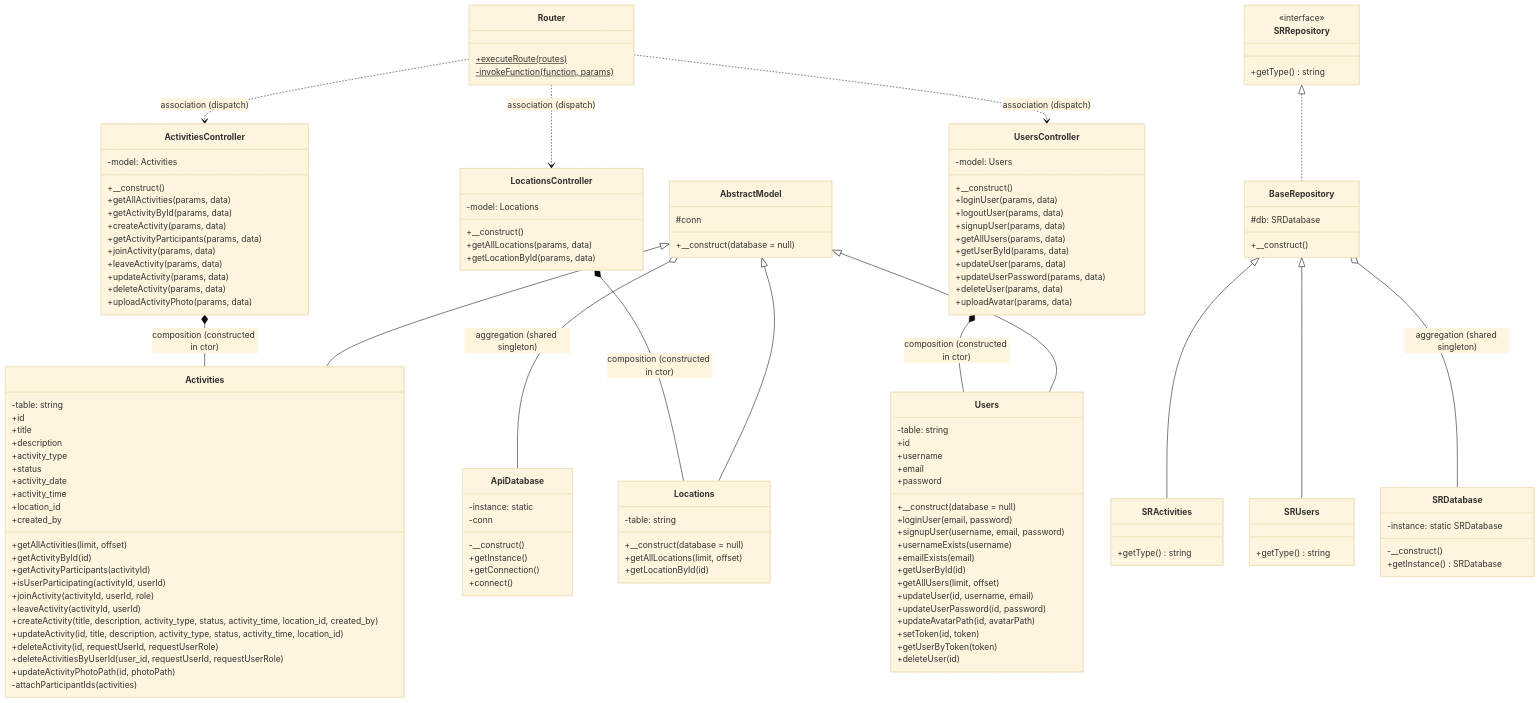
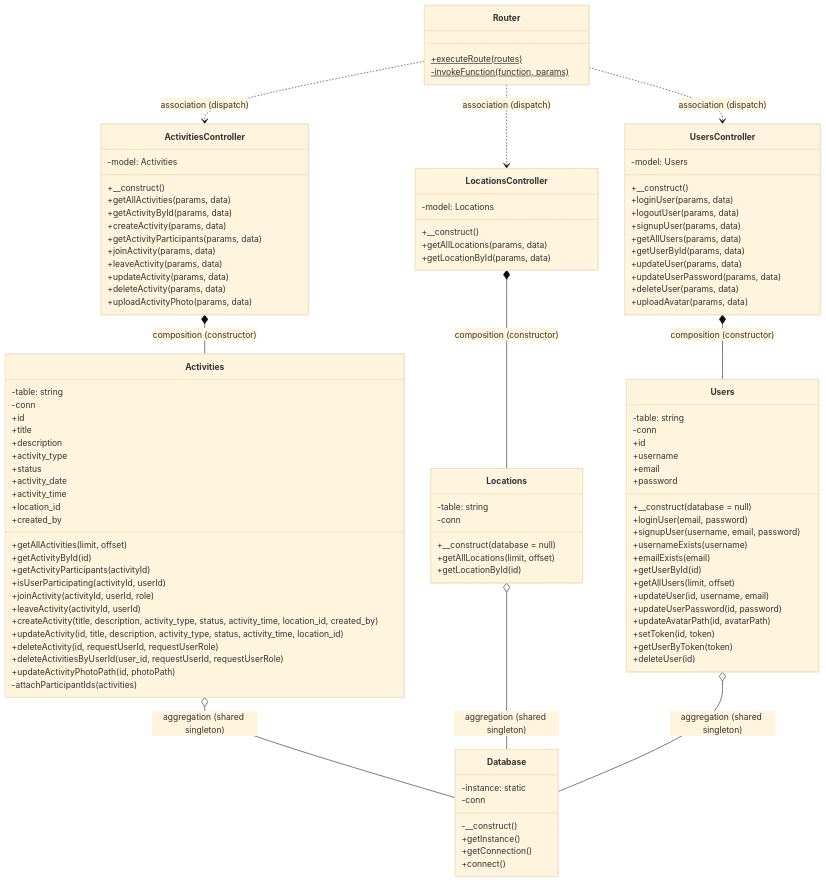
One commit to 6046581/Activitree changed the diagram in documentation/Class Diagram.md. Above: the diagram before and after it, drawn with Mermaid (base theme). The commit also changed other lines of this file and 18 other files, not shown here.

````diff
--- a/documentation/Class Diagram.md
+++ b/documentation/Class Diagram.md
@@ -8,14 +7,6 @@
 ```mermaid
 
 classDiagram
-
-  
-
-%% ========================
-
-%% API domain (public/api)
-
-%% ========================
 
 class Router {
 
@@ -27,7 +18,7 @@
 
   
 
-class ApiDatabase {
+class Database {
 
   -instance: static
 
@@ -45,19 +36,11 @@
 
   
 
-class AbstractModel {
-
-  #conn
-
-  +__construct(database = null)
-
-}
-
-  
-
 class Activities {
 
   -table: string
+
+	-conn
 
   +id
 
@@ -109,6 +92,8 @@
 
   -table: string
 
+	-conn
+
   +__construct(database = null)
 
   +getAllLocations(limit, offset)
@@ -122,6 +107,8 @@
 class Users {
 
   -table: string
+
+	-conn
 
   +id
 
@@ -231,88 +218,21 @@
 
   
 
-AbstractModel <|-- Activities
+Activities o-- Database : aggregation (shared singleton)
 
-AbstractModel <|-- Locations
+Locations o-- Database : aggregation (shared singleton)
 
-AbstractModel <|-- Users
+Users o-- Database : aggregation (shared singleton)
 
-AbstractModel o-- ApiDatabase : aggregation (shared singleton)
+ActivitiesController *-- Activities : composition (constructor)
 
-ActivitiesController *-- Activities : composition (constructed in ctor)
+LocationsController *-- Locations : composition (constructor)
 
-LocationsController *-- Locations : composition (constructed in ctor)
-
-UsersController *-- Users : composition (constructed in ctor)
+UsersController *-- Users : composition (constructor)
 
 Router ..> ActivitiesController : association (dispatch)
 
 Router ..> LocationsController : association (dispatch)
 
 Router ..> UsersController : association (dispatch)
-
-  
-
-%% ======================================
-
-%% School requirements demo (separate set)
-
-%% ======================================
-
-class SRRepository {
-
-  <<interface>>
-
-  +getType() string
-
-}
-
-  
-
-class SRDatabase {
-
-  -instance: static SRDatabase
-
-  -__construct()
-
-  +getInstance() SRDatabase
-
-}
-
-  
-
-class BaseRepository {
-
-  #db: SRDatabase
-
-  +__construct()
-
-}
-
-  
-
-class SRActivities {
-
-  +getType() string
-
-}
-
-  
-
-class SRUsers {
-
-  +getType() string
-
-}
-
-  
-
-SRRepository <|.. BaseRepository
-
-BaseRepository <|-- SRActivities
-
-BaseRepository <|-- SRUsers
-
-BaseRepository o-- SRDatabase : aggregation (shared singleton)
-
 ```
````
